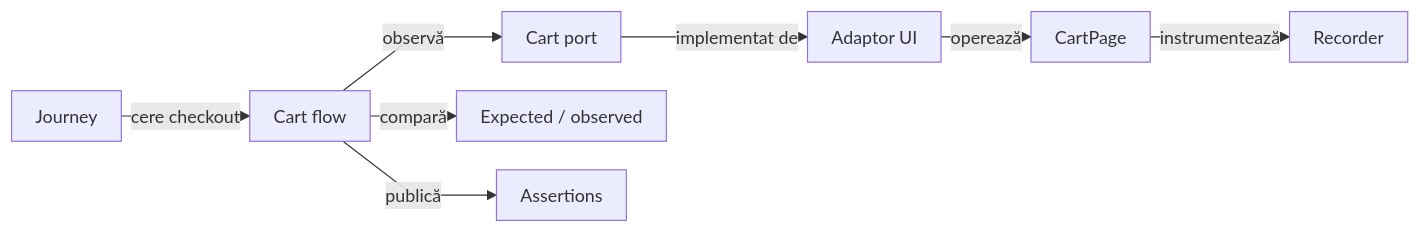
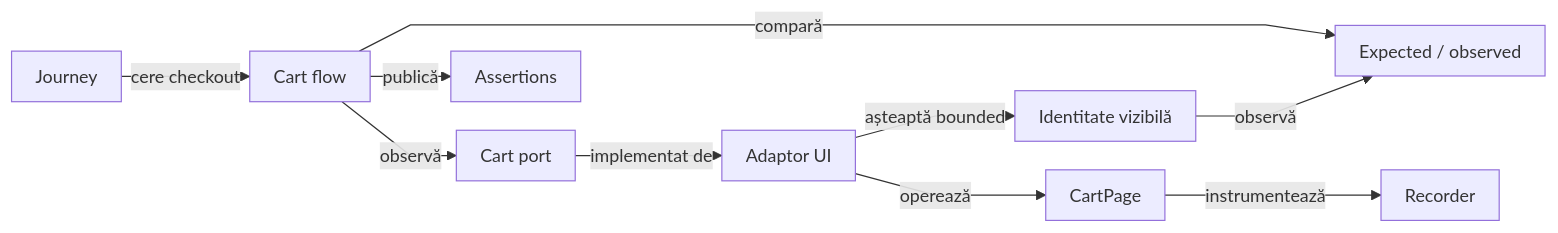
The second of 10 diagrams in atf-test-auto-ex/README.md (crististefanita/atf_j0), drawn with Mermaid before and after one commit. The commit also changed other lines of this file and 46 other files, not shown here.

````diff
--- a/atf-test-auto-ex/README.md
+++ b/atf-test-auto-ex/README.md
@@ -203,11 +203,13 @@
 ```mermaid
 %%{init: {"themeVariables":{"fontSize":"15px"},"themeCSS":".nodeLabel, .nodeLabel p { font-size: 15px !important; line-height: 1.35 !important; } .edgeLabel, .edgeLabel p { font-size: 12px !important; font-weight: 400 !important; line-height: 1.2 !important; } .edgeLabel .labelBkg, .edgeLabel p { background: transparent !important; } .edgeLabel foreignObject { transform: translateY(-28px); overflow: visible; } .node rect { rx: 6px; ry: 6px; }","flowchart":{"curve":"linear","nodeSpacing":24,"rankSpacing":16,"padding":10,"diagramPadding":24}}}%%
 flowchart LR
     Journey["Journey"] -->|cere checkout| Business["Cart flow"]
     Business -->|observă| Port["Cart port"]
     Port -->|implementat de| UI["Adaptor UI"]
+    UI -->|așteaptă bounded| Identity["Identitate vizibilă"]
+    Identity -->|observă| Snapshot
     UI -->|operează| Page["CartPage"]
     Page -->|instrumentează| Recorder["Recorder"]
     Business -->|compară| Snapshot["Expected / observed"]
     Business -->|publică| Adapter["Assertions"]
 ```
````
